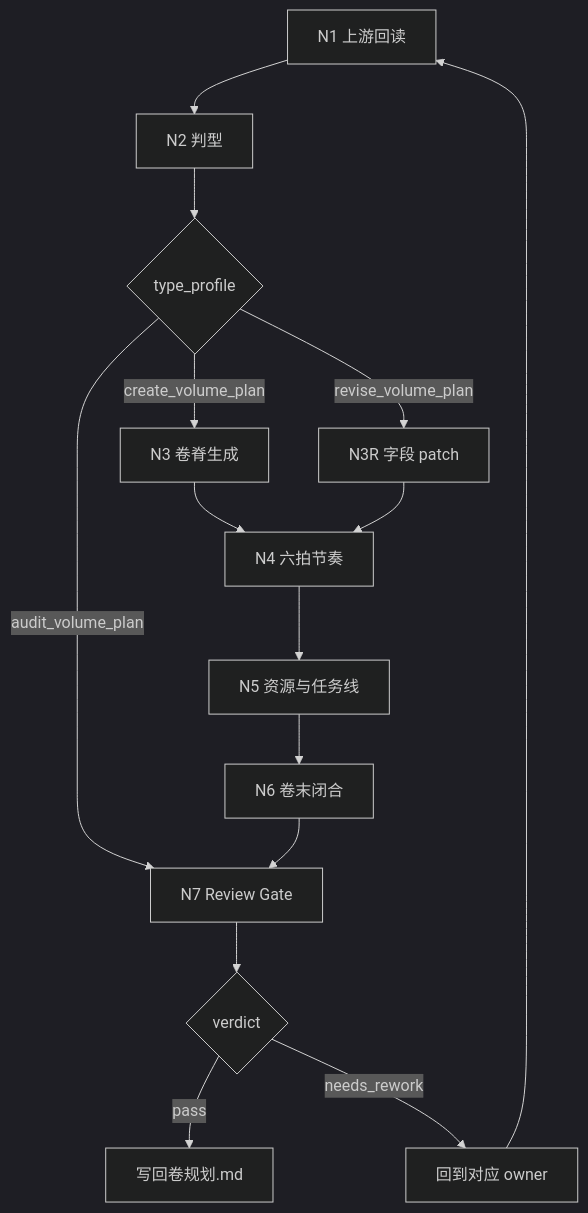
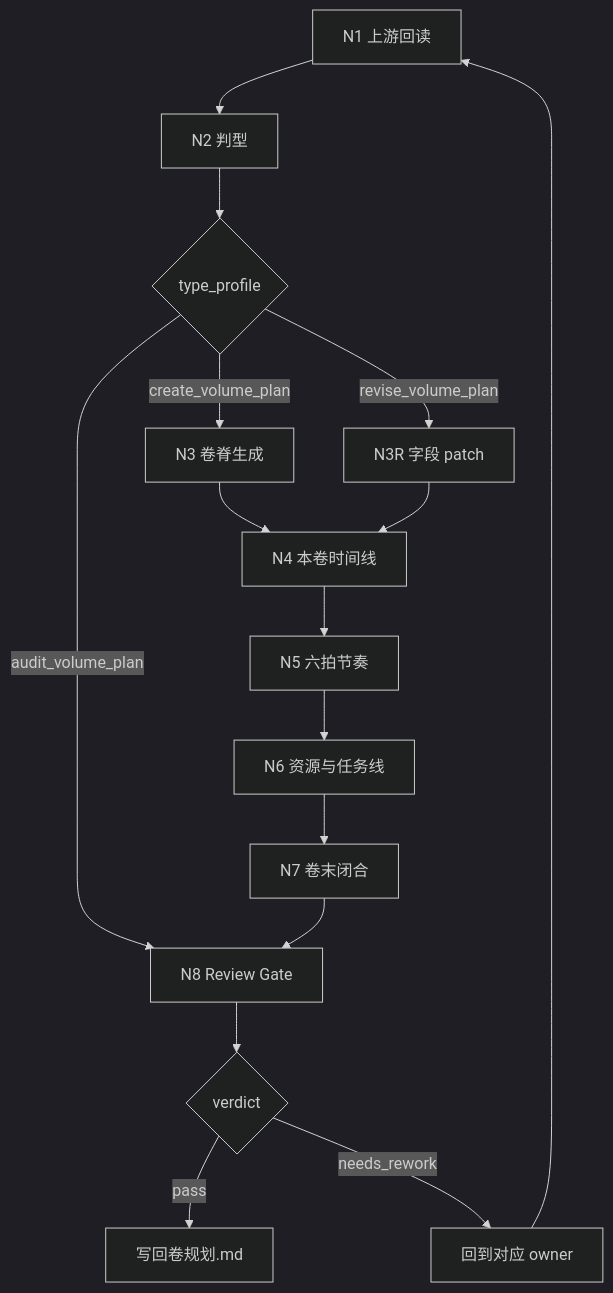
One commit to ZEN-VOID/AI-CUT changed the diagram in .agents/skills/story/2-卷章/2-卷级/steps/volume-planning-workflow.md. Above: the diagram before and after it, drawn with Mermaid (dark theme). The commit also changed other lines of this file and 45 other files, not shown here.

````diff
--- a/.agents/skills/story/2-卷章/2-卷级/steps/volume-planning-workflow.md
+++ b/.agents/skills/story/2-卷章/2-卷级/steps/volume-planning-workflow.md
@@ -7,17 +7,18 @@
 ```mermaid
 flowchart TD
     A["N1 上游回读"] --> B["N2 判型"]
     B --> C{"type_profile"}
     C -->|"create_volume_plan"| D["N3 卷脊生成"]
     C -->|"revise_volume_plan"| E["N3R 字段 patch"]
-    C -->|"audit_volume_plan"| F["N7 Review Gate"]
-    D --> G["N4 六拍节奏"]
+    C -->|"audit_volume_plan"| F["N8 Review Gate"]
+    D --> G["N4 本卷时间线"]
     E --> G
-    G --> H["N5 资源与任务线"]
-    H --> I["N6 卷末闭合"]
-    I --> F
-    F --> J{"verdict"}
-    J -->|"pass"| K["写回卷规划.md"]
-    J -->|"needs_rework"| L["回到对应 owner"]
-    L --> A
+    G --> H["N5 六拍节奏"]
+    H --> I["N6 资源与任务线"]
+    I --> J["N7 卷末闭合"]
+    J --> F
+    F --> K{"verdict"}
+    K -->|"pass"| L["写回卷规划.md"]
+    K -->|"needs_rework"| M["回到对应 owner"]
+    M --> A
 ```
````
